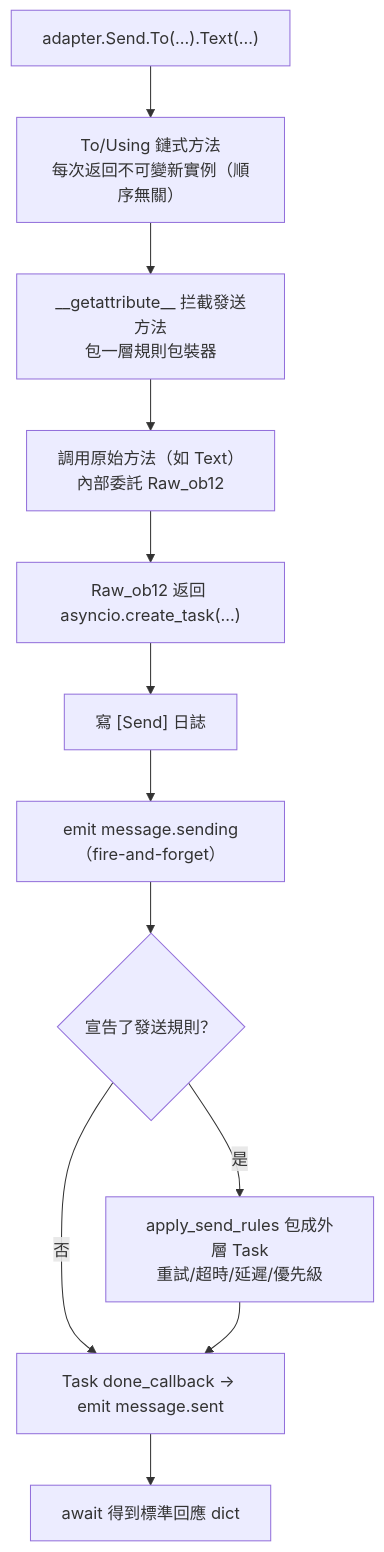
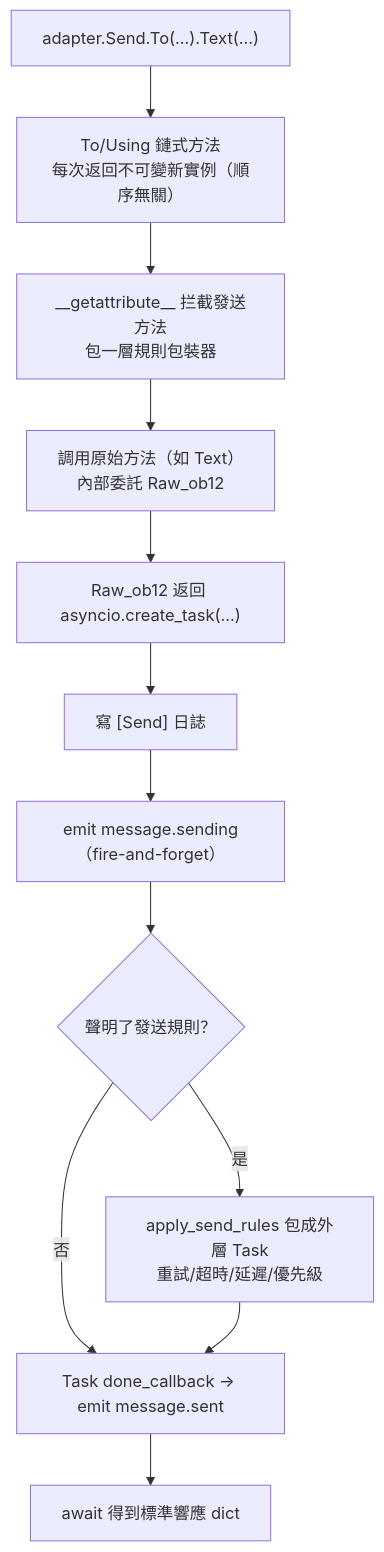
The second of 2 diagrams in docs/zh-TW/developer-guide/adapters/send-dsl.md (ErisPulse/ErisPulse), drawn with Mermaid before and after one commit. The commit also changed other lines of this file and 331 other files, not shown here.

````diff
--- a/docs/zh-TW/developer-guide/adapters/send-dsl.md
+++ b/docs/zh-TW/developer-guide/adapters/send-dsl.md
@@ -581,14 +581,14 @@
 ```mermaid
 flowchart TD
     A["adapter.Send.To(...).Text(...)"] --> B["To/Using 鏈式方法<br/>每次返回不可變新實例（順序無關）"]
     B --> C["__getattribute__ 拦截發送方法<br/>包一層規則包裝器"]
     C --> D["調用原始方法（如 Text）<br/>內部委託 Raw_ob12"]
     D --> E["Raw_ob12 返回 asyncio.create_task(...)"]
     E --> F["寫 [Send] 日誌"]
     F --> G["emit message.sending（fire-and-forget）"]
-    G --> H{"宣告了發送規則？"}
+    G --> H{"聲明了發送規則？"}
     H -->|"否"| I["Task done_callback → emit message.sent"]
     H -->|"是"| J["apply_send_rules 包成外層 Task<br/>重試/超時/延遲/優先級"]
     J --> I
-    I --> K["await 得到標準回應 dict"]
+    I --> K["await 得到標準響應 dict"]
 ```
````
